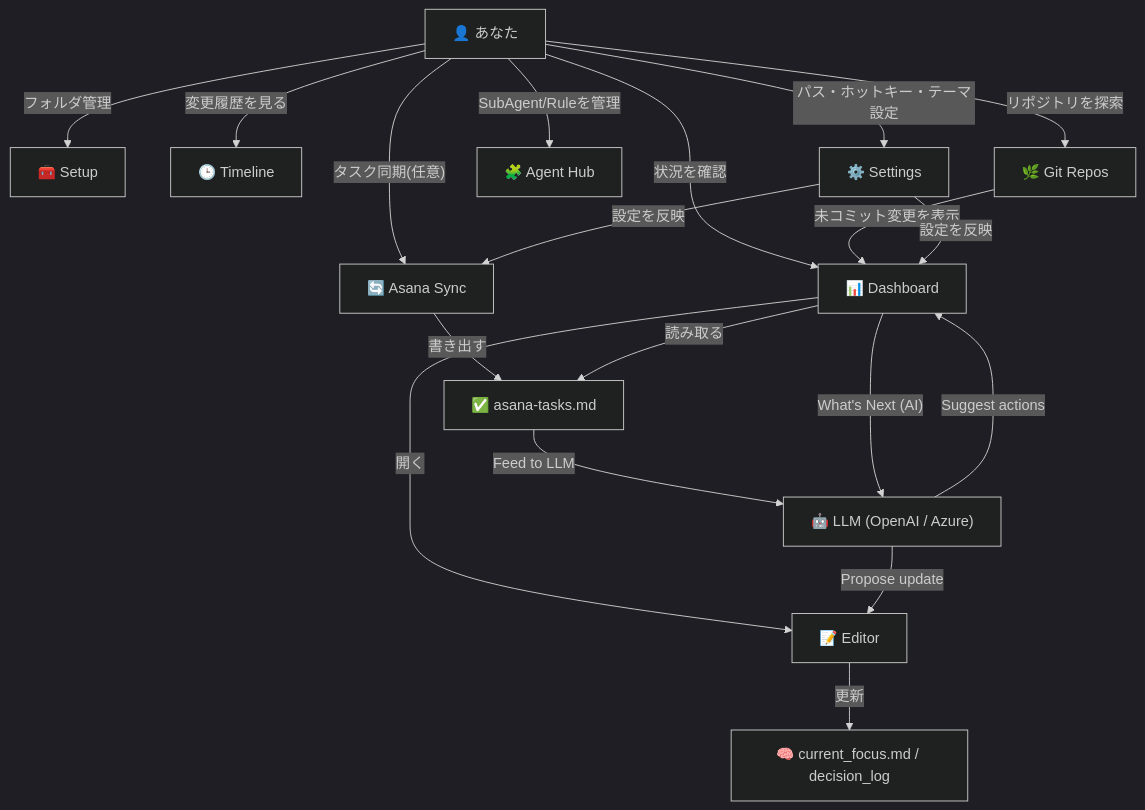
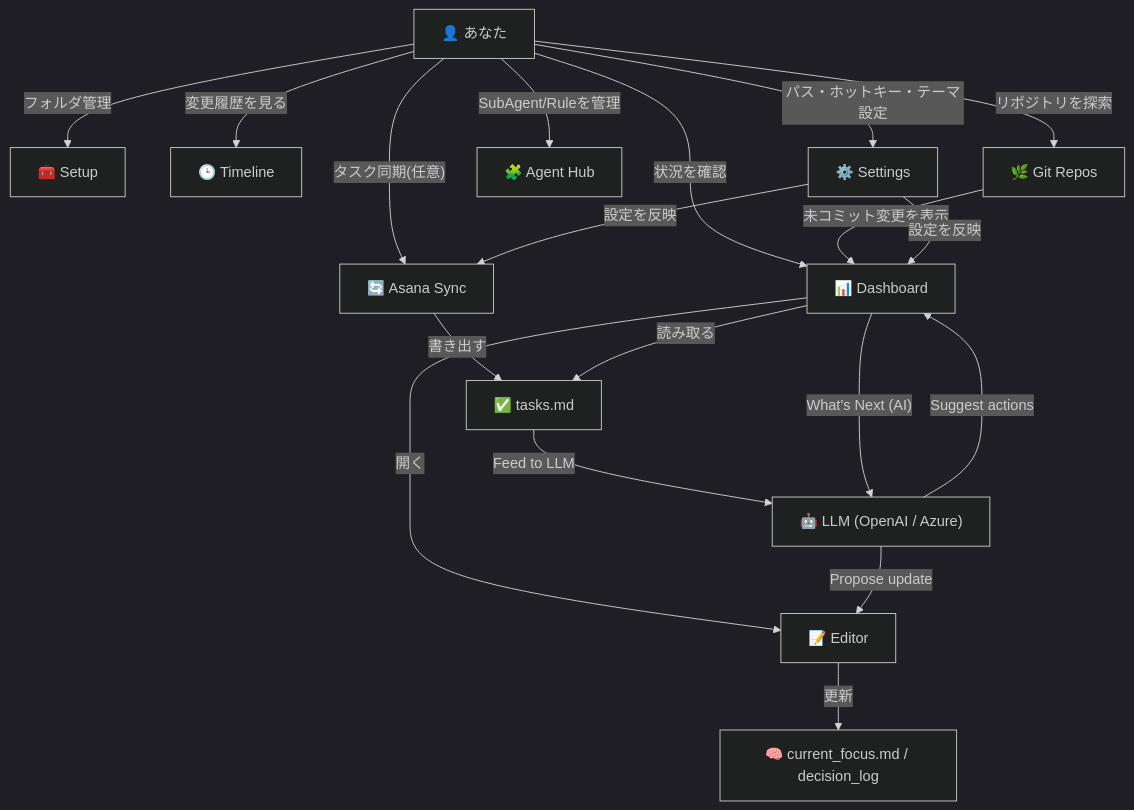
One commit to yt3trees/ProjectCurator changed the second of 2 diagrams in docs/daily-workflow-ja.md. Above: the diagram before and after it, drawn with Mermaid (dark theme). The commit also changed other lines of this file and 34 other files, not shown here.

````diff
--- a/docs/daily-workflow-ja.md
+++ b/docs/daily-workflow-ja.md
@@ -37,24 +53,24 @@
 ```mermaid
 flowchart TD
     U["👤 あなた"] -->|"状況を確認"| DB["📊 Dashboard"]
     DB -->|"開く"| ED["📝 Editor"]
     ED -->|"更新"| CTX["🧠 current_focus.md / decision_log"]
 
     U -->|"タスク同期(任意)"| AS["🔄 Asana Sync"]
-    AS -->|"書き出す"| TASKS["✅ asana-tasks.md"]
+    AS -->|"書き出す"| TASKS["✅ tasks.md"]
     DB -->|"読み取る"| TASKS
     TASKS -->|"Feed to LLM"| LLM["🤖 LLM (OpenAI / Azure)"]
     DB -->|"What's Next (AI)"| LLM
     LLM -->|"Propose update"| ED
     LLM -->|"Suggest actions"| DB
 
     U -->|"フォルダ管理"| SU["🧰 Setup"]
     U -->|"変更履歴を見る"| TL["🕒 Timeline"]
     U -->|"リポジトリを探索"| GR["🌿 Git Repos"]
     U -->|"SubAgent/Ruleを管理"| AH["🧩 Agent Hub"]
     U -->|"パス・ホットキー・テーマ設定"| ST["⚙️ Settings"]
 
     GR -->|"未コミット変更を表示"| DB
     ST -->|"設定を反映"| DB
     ST -->|"設定を反映"| AS
 ```
````
